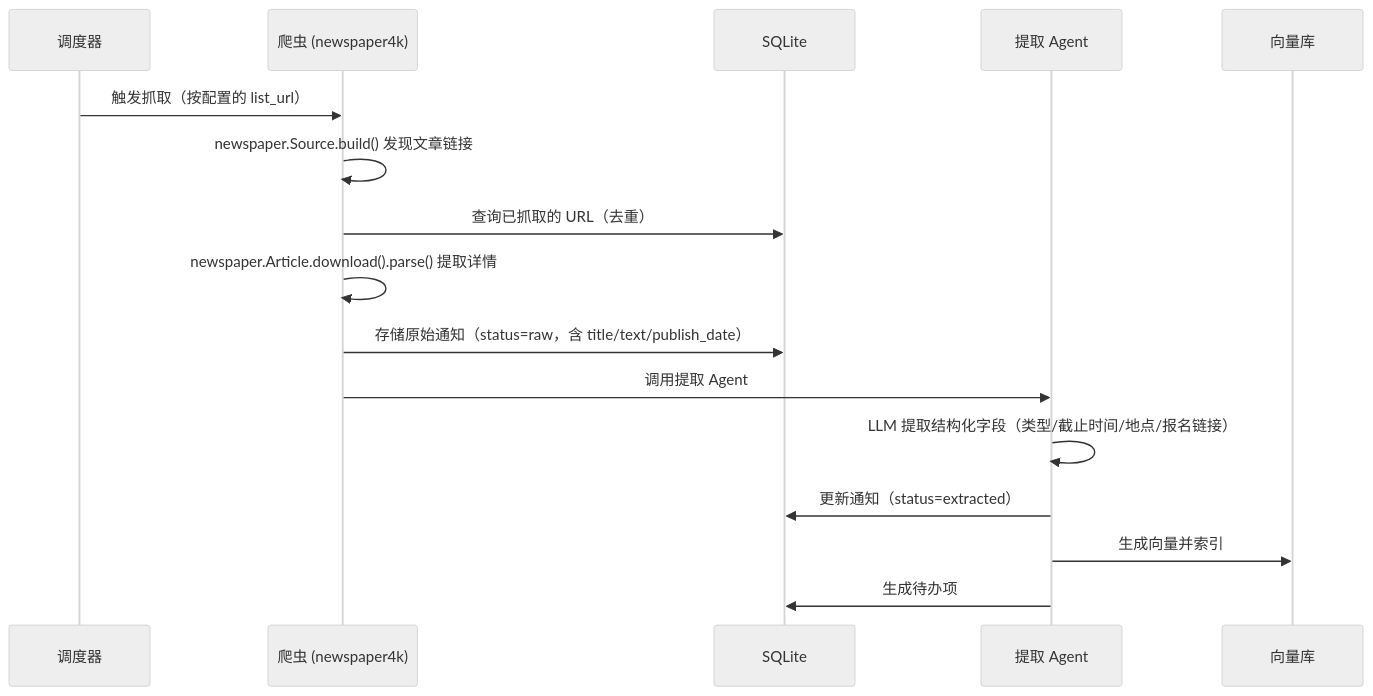
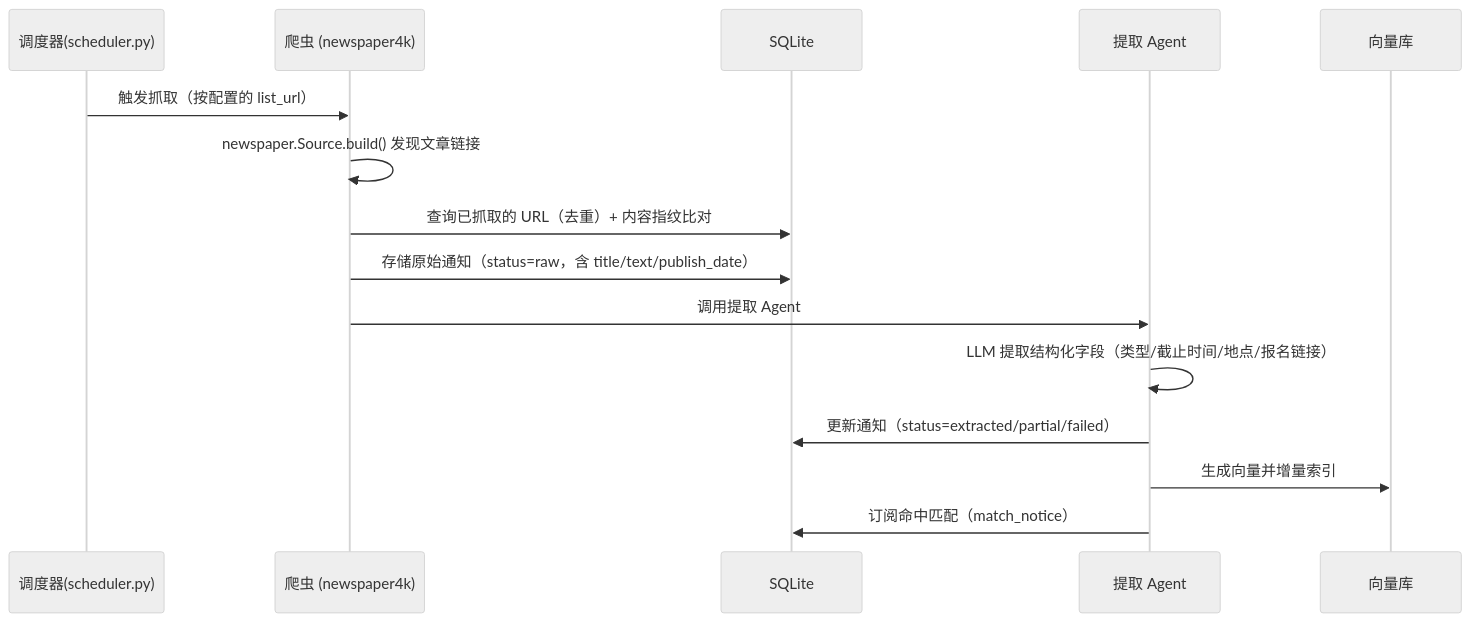
One commit to HLGZJY/campus_notice_assistant_v2 changed the second of 4 diagrams in docs/ARCHITECTURE.md. Above: the diagram before and after it, drawn with Mermaid (neutral theme). The commit also changed other lines of this file and 7 other files, not shown here.

````diff
--- a/docs/ARCHITECTURE.md
+++ b/docs/ARCHITECTURE.md
@@ -91,19 +170,18 @@
 ```mermaid
 sequenceDiagram
-    participant S as 调度器
+    participant S as 调度器(scheduler.py)
     participant C as 爬虫 (newspaper4k)
     participant DB as SQLite
     participant E as 提取 Agent
     participant V as 向量库
 
     S->>C: 触发抓取（按配置的 list_url）
     C->>C: newspaper.Source.build() 发现文章链接
-    C->>DB: 查询已抓取的 URL（去重）
-    C->>C: newspaper.Article.download().parse() 提取详情
+    C->>DB: 查询已抓取的 URL（去重）+ 内容指纹比对
     C->>DB: 存储原始通知（status=raw，含 title/text/publish_date）
     C->>E: 调用提取 Agent
     E->>E: LLM 提取结构化字段（类型/截止时间/地点/报名链接）
-    E->>DB: 更新通知（status=extracted）
-    E->>V: 生成向量并索引
-    E->>DB: 生成待办项
+    E->>DB: 更新通知（status=extracted/partial/failed）
+    E->>V: 生成向量并增量索引
+    E->>DB: 订阅命中匹配（match_notice）
 ```
````
